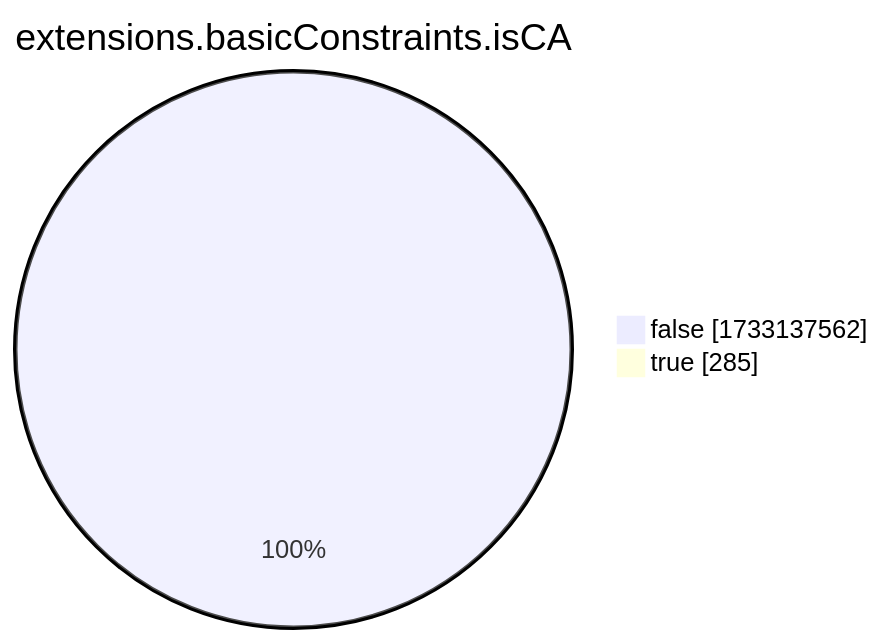
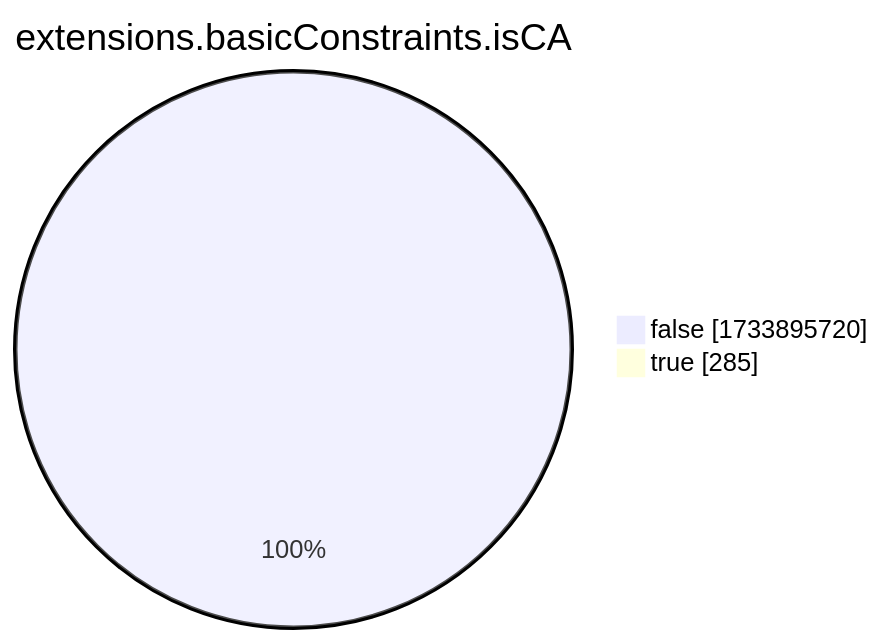
One commit to christiankrug/ctmonitor_visualization changed the eighth of 15 diagrams in xenon2022/README.md. Above: the diagram before and after it, drawn with Mermaid. The commit also changed other lines of this file, not shown here.

````diff
--- a/xenon2022/README.md
+++ b/xenon2022/README.md
@@ -2867,6 +2867,6 @@
 ```mermaid
 pie showData
 title extensions.basicConstraints.isCA
-"false" :1733137562
+"false" :1733895720
 "true" :285
 ```
````
